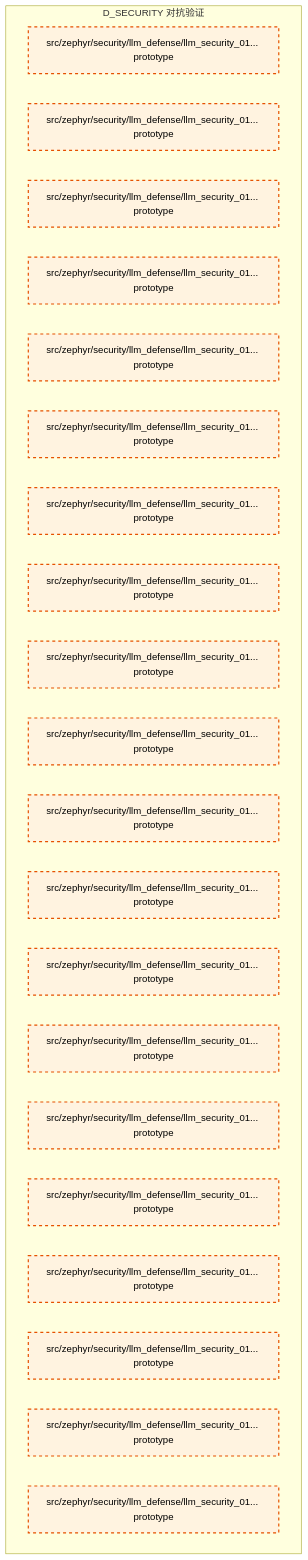
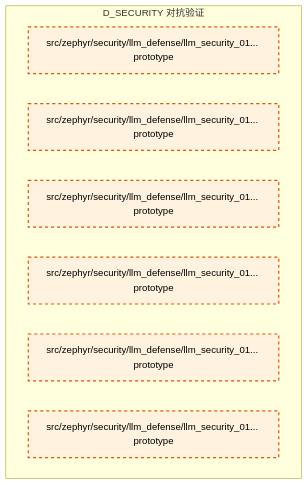
One commit to xuanFelixVan/ZephyrAlpha changed the sixth of 6 diagrams in docs/02_enterprise_architecture/02_domain_architecture_docs/18_d_security.md. Above: the diagram before and after it, drawn with Mermaid. The commit also changed other lines of this file and 105 other files, not shown here.

````diff
--- a/docs/02_enterprise_architecture/02_domain_architecture_docs/18_d_security.md
+++ b/docs/02_enterprise_architecture/02_domain_architecture_docs/18_d_security.md
@@ -567,30 +434,16 @@
 ```mermaid
 graph TD
     subgraph D_SECURITY["D_SECURITY 对抗验证"]
-        src_zephyr_security_llm_defense_llm_security_01_layers_init_py["src/zephyr/security/llm_defense/llm_security_01... prototype"]
-        src_zephyr_security_llm_defense_llm_security_01_layers_l0_supply_chain_py["src/zephyr/security/llm_defense/llm_security_01... prototype"]
-        src_zephyr_security_llm_defense_llm_security_01_layers_l1_input_py["src/zephyr/security/llm_defense/llm_security_01... prototype"]
-        src_zephyr_security_llm_defense_llm_security_01_layers_l2_prompt_protection_py["src/zephyr/security/llm_defense/llm_security_01... prototype"]
-        src_zephyr_security_llm_defense_llm_security_01_layers_l2a_process_sandbox_py["src/zephyr/security/llm_defense/llm_security_01... prototype"]
-        src_zephyr_security_llm_defense_llm_security_01_layers_l3_output_py["src/zephyr/security/llm_defense/llm_security_01... prototype"]
-        src_zephyr_security_llm_defense_llm_security_01_layers_l4_agent_py["src/zephyr/security/llm_defense/llm_security_01... prototype"]
-        src_zephyr_security_llm_defense_llm_security_01_layers_l5_resource_protection_py["src/zephyr/security/llm_defense/llm_security_01... prototype"]
-        src_zephyr_security_llm_defense_llm_security_01_layers_l6_observability_py["src/zephyr/security/llm_defense/llm_security_01... prototype"]
-        src_zephyr_security_llm_defense_llm_security_01_layers_l8_multi_agent_py["src/zephyr/security/llm_defense/llm_security_01... prototype"]
-        src_zephyr_security_llm_defense_llm_security_01_patterns_init_py["src/zephyr/security/llm_defense/llm_security_01... prototype"]
-        src_zephyr_security_llm_defense_llm_security_01_patterns_injection_patterns_py["src/zephyr/security/llm_defense/llm_security_01... prototype"]
-        src_zephyr_security_llm_defense_llm_security_01_patterns_secrets_py["src/zephyr/security/llm_defense/llm_security_01... prototype"]
-        src_zephyr_security_llm_defense_llm_security_01_process_sandbox_py["src/zephyr/security/llm_defense/llm_security_01... prototype"]
         src_zephyr_security_llm_defense_llm_security_01_self_protection_init_py["src/zephyr/security/llm_defense/llm_security_01... prototype"]
         src_zephyr_security_llm_defense_llm_security_01_self_protection_adversarial_mutator_py["src/zephyr/security/llm_defense/llm_security_01... prototype"]
         src_zephyr_security_llm_defense_llm_security_01_self_protection_code_integrity_py["src/zephyr/security/llm_defense/llm_security_01... prototype"]
         src_zephyr_security_llm_defense_llm_security_01_self_protection_isolation_py["src/zephyr/security/llm_defense/llm_security_01... prototype"]
         src_zephyr_security_llm_defense_llm_security_01_self_protection_l7_validation_py["src/zephyr/security/llm_defense/llm_security_01... prototype"]
         src_zephyr_security_llm_defense_llm_security_01_self_protection_red_team_scanner_py["src/zephyr/security/llm_defense/llm_security_01... prototype"]
     end
     classDef production fill:#e1f5fe,stroke:#01579b,stroke-width:2px,color:#000
     classDef design fill:#fff3e0,stroke:#e65100,stroke-width:2px,color:#000,stroke-dasharray: 5 5
     classDef external_prod fill:#e8f5e9,stroke:#1b5e20,stroke-width:1px,color:#000
     classDef external_design fill:#fce4ec,stroke:#880e4f,stroke-width:1px,color:#000,stroke-dasharray: 5 5
-    class src_zephyr_security_llm_defense_llm_security_01_layers_init_py,src_zephyr_security_llm_defense_llm_security_01_layers_l0_supply_chain_py,src_zephyr_security_llm_defense_llm_security_01_layers_l1_input_py,src_zephyr_security_llm_defense_llm_security_01_layers_l2_prompt_protection_py,src_zephyr_security_llm_defense_llm_security_01_layers_l2a_process_sandbox_py,src_zephyr_security_llm_defense_llm_security_01_layers_l3_output_py,src_zephyr_security_llm_defense_llm_security_01_layers_l4_agent_py,src_zephyr_security_llm_defense_llm_security_01_layers_l5_resource_protection_py,src_zephyr_security_llm_defense_llm_security_01_layers_l6_observability_py,src_zephyr_security_llm_defense_llm_security_01_layers_l8_multi_agent_py,src_zephyr_security_llm_defense_llm_security_01_patterns_init_py,src_zephyr_security_llm_defense_llm_security_01_patterns_injection_patterns_py,src_zephyr_security_llm_defense_llm_security_01_patterns_secrets_py,src_zephyr_security_llm_defense_llm_security_01_process_sandbox_py,src_zephyr_security_llm_defense_llm_security_01_self_protection_init_py,src_zephyr_security_llm_defense_llm_security_01_self_protection_adversarial_mutator_py,src_zephyr_security_llm_defense_llm_security_01_self_protection_code_integrity_py,src_zephyr_security_llm_defense_llm_security_01_self_protection_isolation_py,src_zephyr_security_llm_defense_llm_security_01_self_protection_l7_validation_py,src_zephyr_security_llm_defense_llm_security_01_self_protection_red_team_scanner_py design
+    class src_zephyr_security_llm_defense_llm_security_01_self_protection_init_py,src_zephyr_security_llm_defense_llm_security_01_self_protection_adversarial_mutator_py,src_zephyr_security_llm_defense_llm_security_01_self_protection_code_integrity_py,src_zephyr_security_llm_defense_llm_security_01_self_protection_isolation_py,src_zephyr_security_llm_defense_llm_security_01_self_protection_l7_validation_py,src_zephyr_security_llm_defense_llm_security_01_self_protection_red_team_scanner_py design
 ```
````
